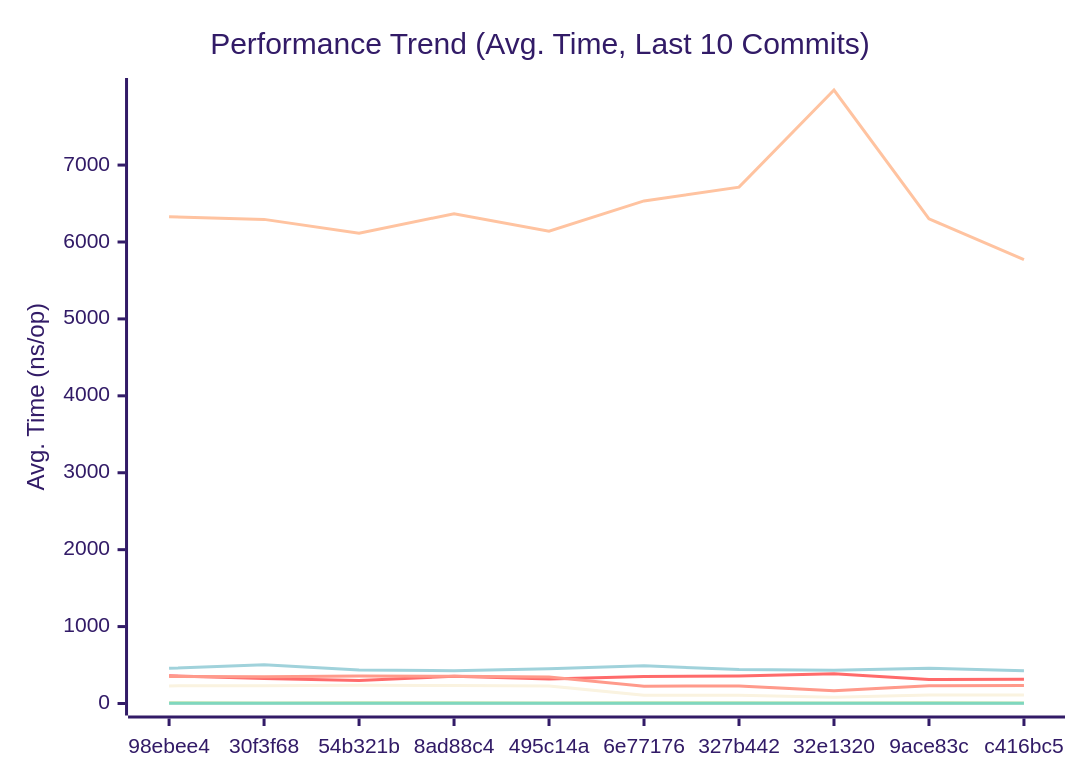
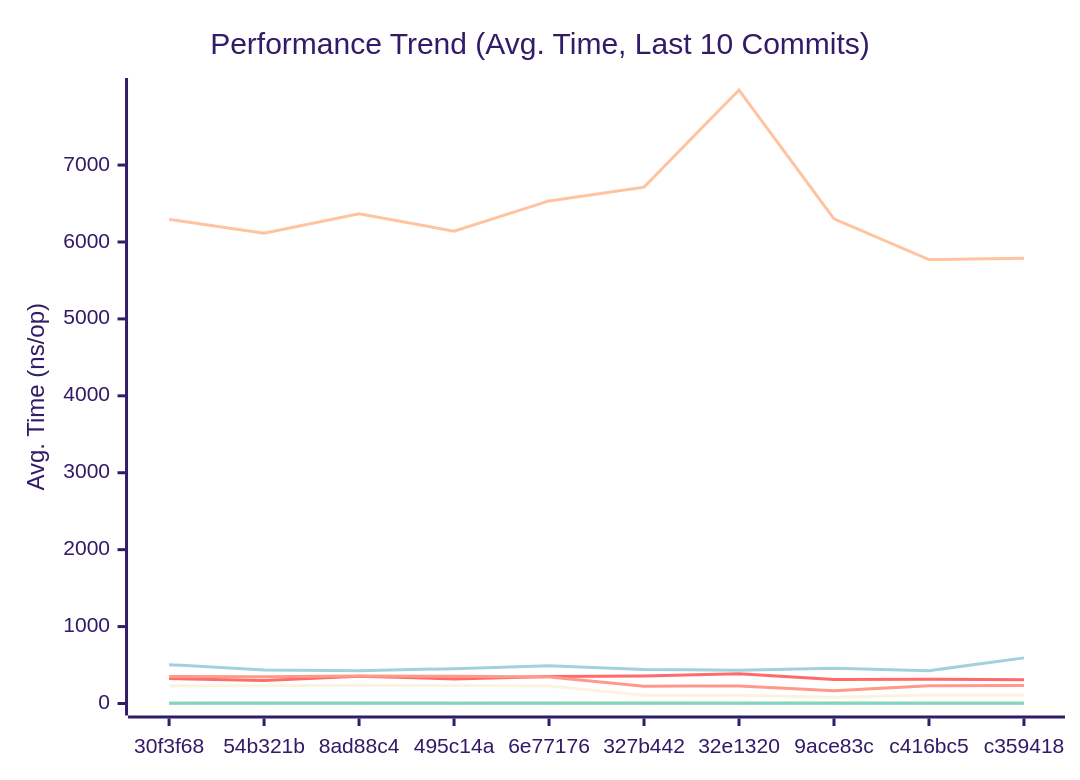
The first of 3 diagrams in docs/PERFORMANCE.md (alsotoes/momo), drawn with Mermaid (forest theme) before and after one commit. The commit also changed other lines of this file and 2 other files, not shown here.

````diff
--- a/docs/PERFORMANCE.md
+++ b/docs/PERFORMANCE.md
@@ -120,16 +120,16 @@
 ```mermaid
 xychart-beta
     title "Performance Trend (Avg. Time, Last 10 Commits)"
     x-axis "Commit"
     y-axis "Avg. Time (ns/op)"
-    x-axis [98ebee4,30f3f68,54b321b,8ad88c4,495c14a,6e77176,327b442,32e1320,9ace83c,c416bc5]
-    line "CheckMetricsAndSwap" [10,8,9,9,8,10,9,8,9,8]
-    line "CrushOptimized" [361,325,299,354,319,351,357,386,313,315]
-    line "CrushOriginal" [457,505,436,427,453,491,441,433,459,426]
+    x-axis [30f3f68,54b321b,8ad88c4,495c14a,6e77176,327b442,32e1320,9ace83c,c416bc5,c359418]
+    line "CheckMetricsAndSwap" [8,9,9,8,10,9,8,9,8,8]
+    line "CrushOptimized" [325,299,354,319,351,357,386,313,315,308]
+    line "CrushOriginal" [505,436,427,453,491,441,433,459,426,593]
     line "IndexDirectTracking" [0,0,0,0,0,0,0,0,0,0]
     line "IndexSearch" [3,3,3,3,3,3,3,3,3,3]
-    line "LoadGlobalConfig" [6327,6294,6114,6368,6141,6534,6713,7976,6301,5771]
-    line "PadString" [2,3,2,2,2,2,3,2,2,2]
+    line "LoadGlobalConfig" [6294,6114,6368,6141,6534,6713,7976,6301,5771,5790]
+    line "PadString" [3,2,2,2,2,3,2,2,2,2]
     line "ParseReplicationOrder_NoPrealloc" [350,349,357,354,345,225,229,165,232,234]
     line "ParseReplicationOrder_Prealloc" [229,231,237,234,229,108,107,80,110,109]
 ```
````
